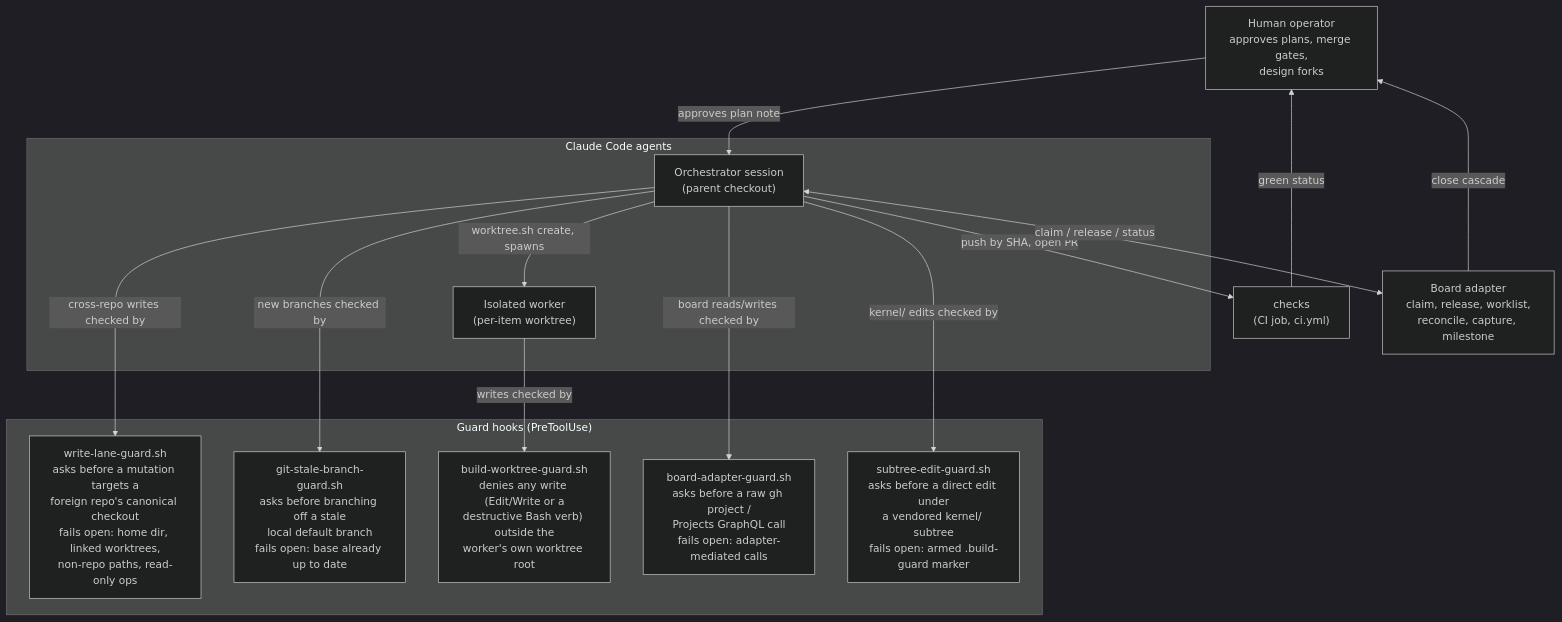
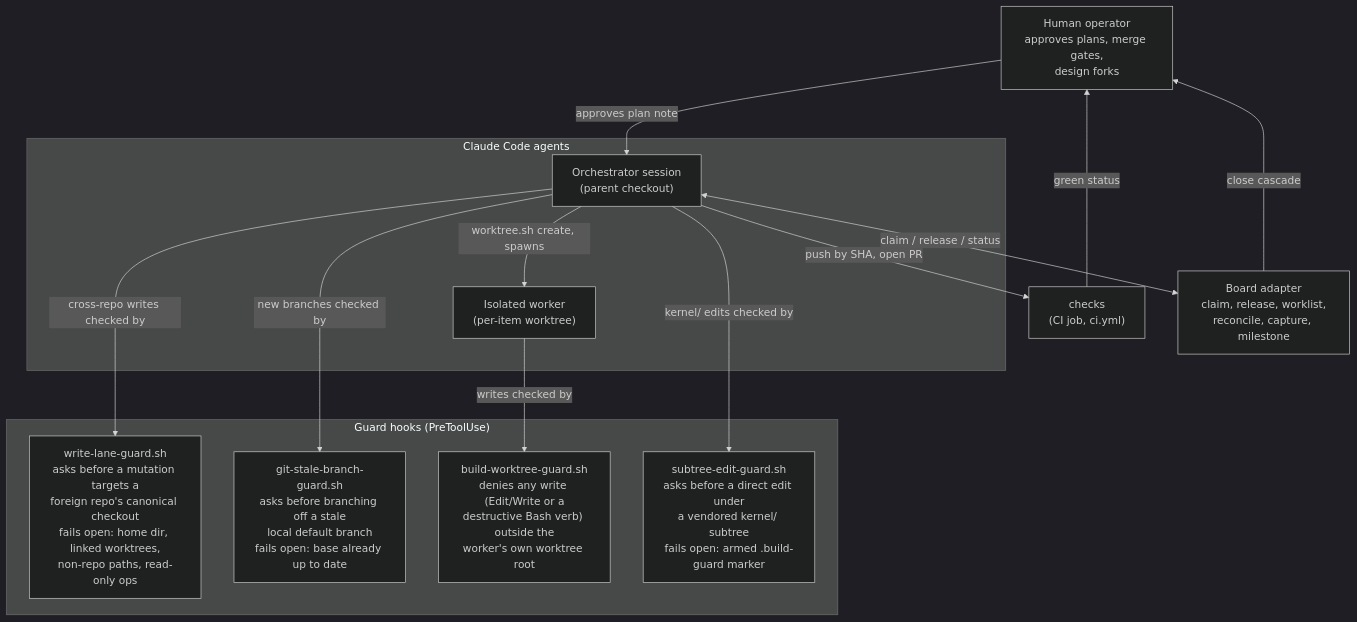
The second of 3 diagrams in docs/architecture.md (Towheads/temperloop), drawn with Mermaid (dark theme) before and after one commit. The commit also changed other lines of this file and 18 other files, not shown here.

````diff
--- a/docs/architecture.md
+++ b/docs/architecture.md
@@ -123,32 +123,30 @@
 ```mermaid
 flowchart TB
     Human["Human operator<br/>approves plans, merge gates,<br/>design forks"]
 
     subgraph Agents["Claude Code agents"]
         Orchestrator["Orchestrator session<br/>(parent checkout)"]
         Worker["Isolated worker<br/>(per-item worktree)"]
     end
 
     subgraph Hooks["Guard hooks (PreToolUse)"]
         WriteLane["write-lane-guard.sh<br/>asks before a mutation targets a<br/>foreign repo's canonical checkout<br/>fails open: home dir, linked worktrees,<br/>non-repo paths, read-only ops"]
         StaleBranch["git-stale-branch-guard.sh<br/>asks before branching off a stale<br/>local default branch<br/>fails open: base already up to date"]
         WorktreeGuard["build-worktree-guard.sh<br/>denies any write (Edit/Write or a<br/>destructive Bash verb) outside the<br/>worker's own worktree root"]
-        BoardGuard["board-adapter-guard.sh<br/>asks before a raw gh project /<br/>Projects GraphQL call<br/>fails open: adapter-mediated calls"]
         SubtreeGuard["subtree-edit-guard.sh<br/>asks before a direct edit under<br/>a vendored kernel/ subtree<br/>fails open: armed .build-guard marker"]
     end
 
     CI["checks<br/>(CI job, ci.yml)"]
     Board["Board adapter<br/>claim, release, worklist,<br/>reconcile, capture, milestone"]
 
     Human -->|approves plan note| Orchestrator
     Orchestrator -->|worktree.sh create, spawns| Worker
     Worker -->|writes checked by| WorktreeGuard
     Orchestrator -->|cross-repo writes checked by| WriteLane
     Orchestrator -->|new branches checked by| StaleBranch
-    Orchestrator -->|board reads/writes checked by| BoardGuard
     Orchestrator -->|kernel/ edits checked by| SubtreeGuard
     Orchestrator -->|push by SHA, open PR| CI
     CI -->|green status| Human
     Orchestrator <-->|claim / release / status| Board
     Board -->|close cascade| Human
 ```
````
